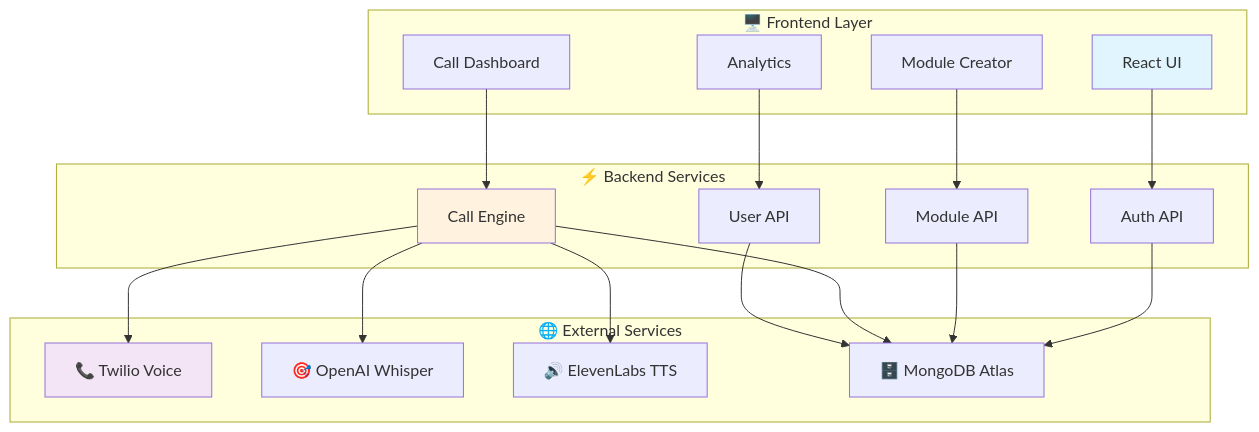
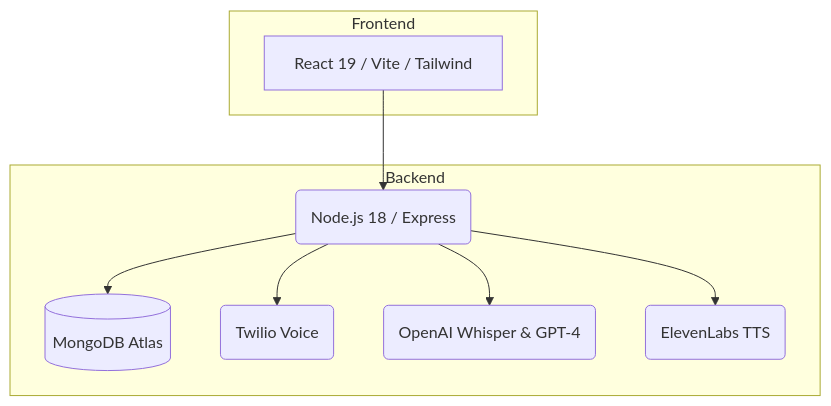
Before and after one commit to AbhigyanRaj/Vok.AI: the first of 2 diagrams in README.md, drawn with Mermaid. The commit also changed other lines of this file and 37 other files, not shown here.

Commit message:
Update backend and frontend features

````diff
--- a/README.md
+++ b/README.md
@@ -41,40 +35,13 @@
 ```mermaid
 graph TB
-    subgraph "🖥️ Frontend Layer"
-        A[React UI]
-        B[Module Creator]
-        C[Call Dashboard]
-        D[Analytics]
-    end
-    
-    subgraph "⚡ Backend Services"
-        E[Auth API]
-        F[Module API]
-        G[Call Engine]
-        H[User API]
-    end
-    
-    subgraph "🌐 External Services"
-        I[📞 Twilio Voice]
-        J[🎯 OpenAI Whisper]
-        K[🔊 ElevenLabs TTS]
-        L[🗄️ MongoDB Atlas]
-    end
-    
-    A --> E
-    B --> F
-    C --> G
-    D --> H
-    
-    G --> I
-    G --> J
-    G --> K
-    E --> L
-    F --> L
-    G --> L
-    H --> L
-    
-    style A fill:#e1f5fe
-    style G fill:#fff3e0
-    style I fill:#f3e5f5
+  subgraph Frontend
+    A[React 19 / Vite / Tailwind]
+  end
+  subgraph Backend
+    B(Node.js 18 / Express) --> C[(MongoDB Atlas)]
+    B --> D(Twilio Voice)
+    B --> E(OpenAI Whisper & GPT-4)
+    B --> F(ElevenLabs TTS)
+  end
+  A --> B
 ```
````
